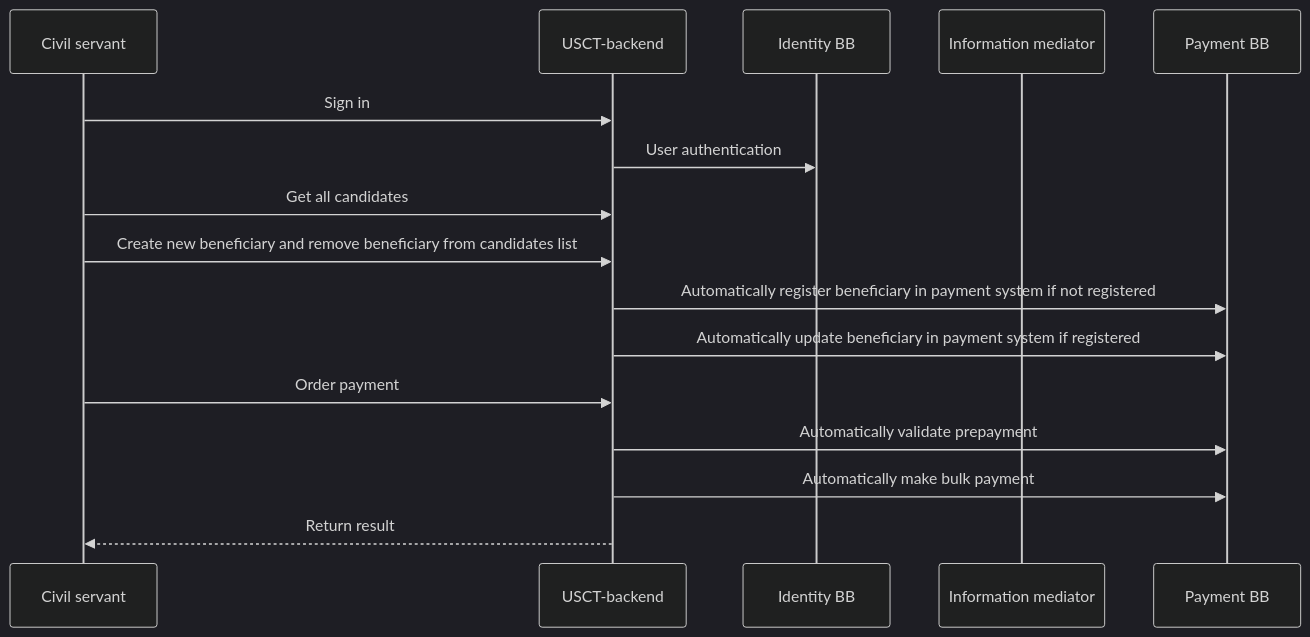
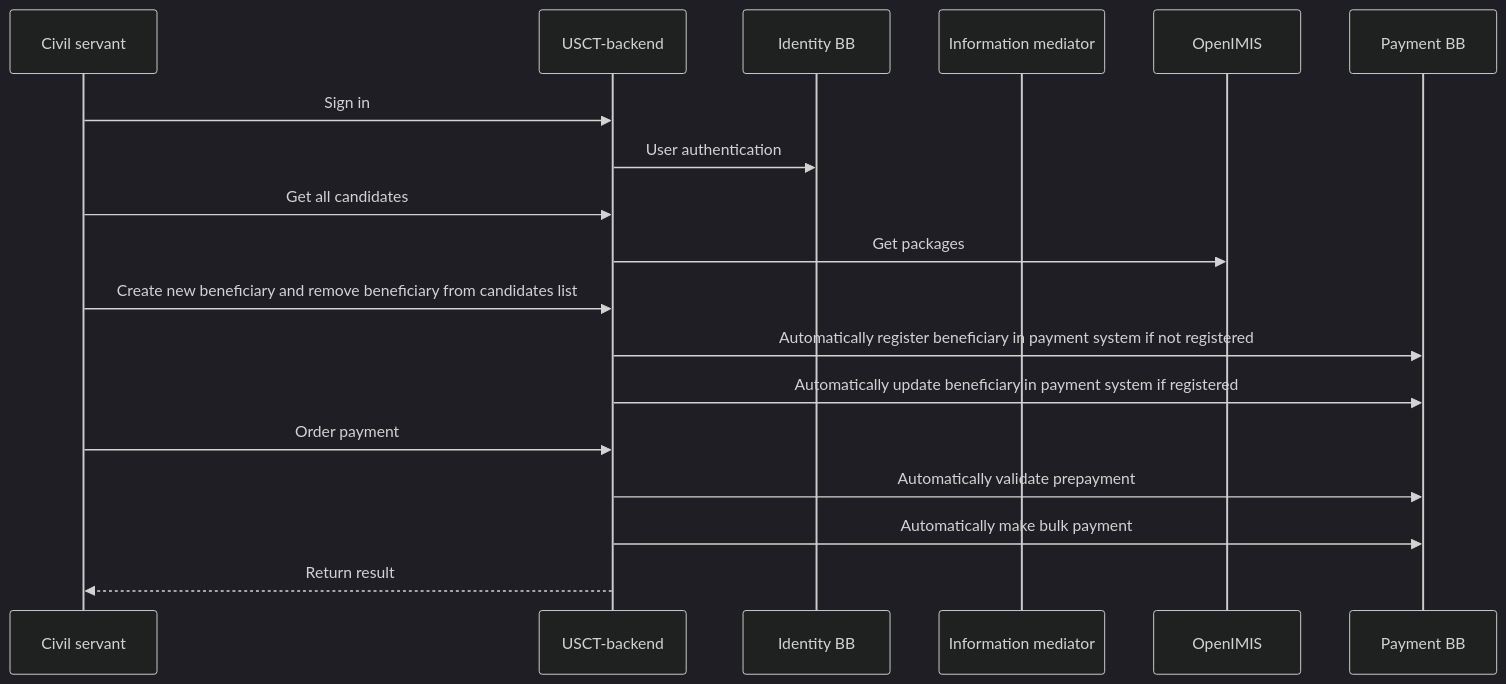
The diagram in docs/main.md (GovStackWorkingGroup/sandbox-usecase-usct-backend), drawn with Mermaid (dark theme) before and after one commit. The commit also changed other lines of this file and 21 other files, not shown here.

Commit message:
On boarding OpenIMIS init commit

````diff
--- a/docs/main.md
+++ b/docs/main.md
@@ -17,16 +17,17 @@
 ```mermaid
 sequenceDiagram
     Civil servant ->> USCT-backend: Sign in
     USCT-backend ->> Identity BB: User authentication
     participant im as Information mediator
 
 %%  Civil servant ->> eSignet: /v1/esignet/authorization/userinfo //GET no need for sign in step 
     Civil servant ->> USCT-backend: Get all candidates
+    USCT-backend ->> OpenIMIS: Get packages
     Civil servant ->> USCT-backend: Create new beneficiary and remove beneficiary from candidates list
     USCT-backend ->> Payment BB: Automatically register beneficiary in payment system if not registered
     USCT-backend ->> Payment BB: Automatically update beneficiary in payment system if registered
     Civil servant ->> USCT-backend: Order payment
     USCT-backend ->> Payment BB: Automatically validate prepayment
     USCT-backend ->> Payment BB: Automatically make bulk payment
     USCT-backend -->> Civil servant: Return result
 ```
````
